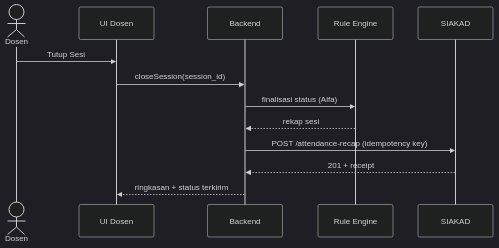
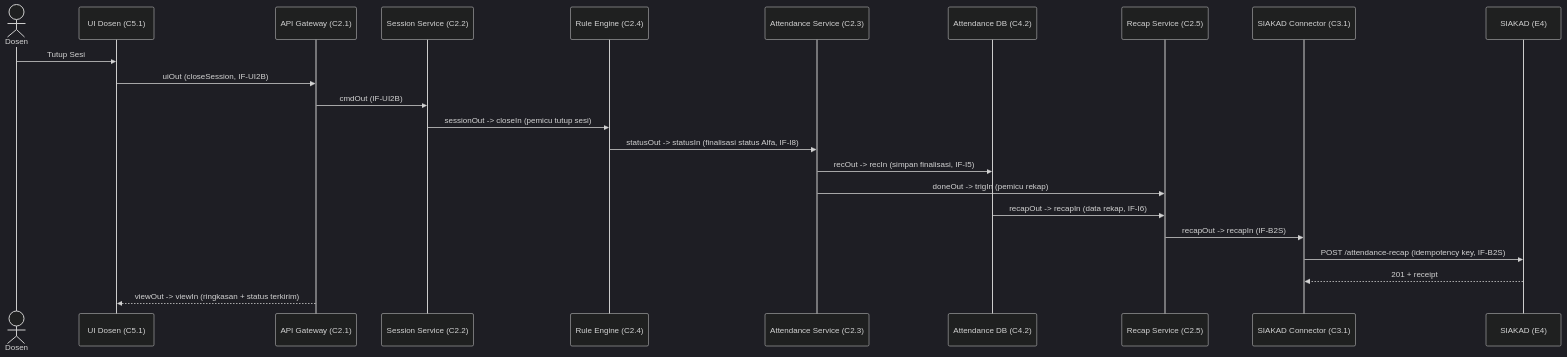
One commit to JhonsJSSimatupang/Proyek-Rekayasa-Sistem-Komputer- changed the fifth of 5 diagrams in 02_DOKUMENTASI_SUMBER/S4_UseCase_Sequence.md. Above: the diagram before and after it, drawn with Mermaid (dark theme). The commit also changed other lines of this file and 34 other files, not shown here.

````diff
--- a/02_DOKUMENTASI_SUMBER/S4_UseCase_Sequence.md
+++ b/02_DOKUMENTASI_SUMBER/S4_UseCase_Sequence.md
@@ -241,16 +261,26 @@
 ```mermaid
 sequenceDiagram
   actor D as Dosen
-  participant UI as UI Dosen
-  participant BE as Backend
-  participant RE as Rule Engine
-  participant SI as SIAKAD
+  participant UI as UI Dosen (C5.1)
+  participant GW as API Gateway (C2.1)
+  participant SS as Session Service (C2.2)
+  participant RE as Rule Engine (C2.4)
+  participant AS as Attendance Service (C2.3)
+  participant DB as Attendance DB (C4.2)
+  participant RS as Recap Service (C2.5)
+  participant SC as SIAKAD Connector (C3.1)
+  participant SI as SIAKAD (E4)
 
   D->>UI: Tutup Sesi
-  UI->>BE: closeSession(session_id)
-  BE->>RE: finalisasi status (Alfa)
-  RE-->>BE: rekap sesi
-  BE->>SI: POST /attendance-recap (idempotency key)
-  SI-->>BE: 201 + receipt
-  BE-->>UI: ringkasan + status terkirim
+  UI->>GW: uiOut (closeSession, IF-UI2B)
+  GW->>SS: cmdOut (IF-UI2B)
+  SS->>RE: sessionOut -> closeIn (pemicu tutup sesi)
+  RE->>AS: statusOut -> statusIn (finalisasi status Alfa, IF-I8)
+  AS->>DB: recOut -> recIn (simpan finalisasi, IF-I5)
+  AS->>RS: doneOut -> trigIn (pemicu rekap)
+  DB->>RS: recapOut -> recapIn (data rekap, IF-I6)
+  RS->>SC: recapOut -> recapIn (IF-B2S)
+  SC->>SI: POST /attendance-recap (idempotency key, IF-B2S)
+  SI-->>SC: 201 + receipt
+  GW-->>UI: viewOut -> viewIn (ringkasan + status terkirim)
 ```
````
